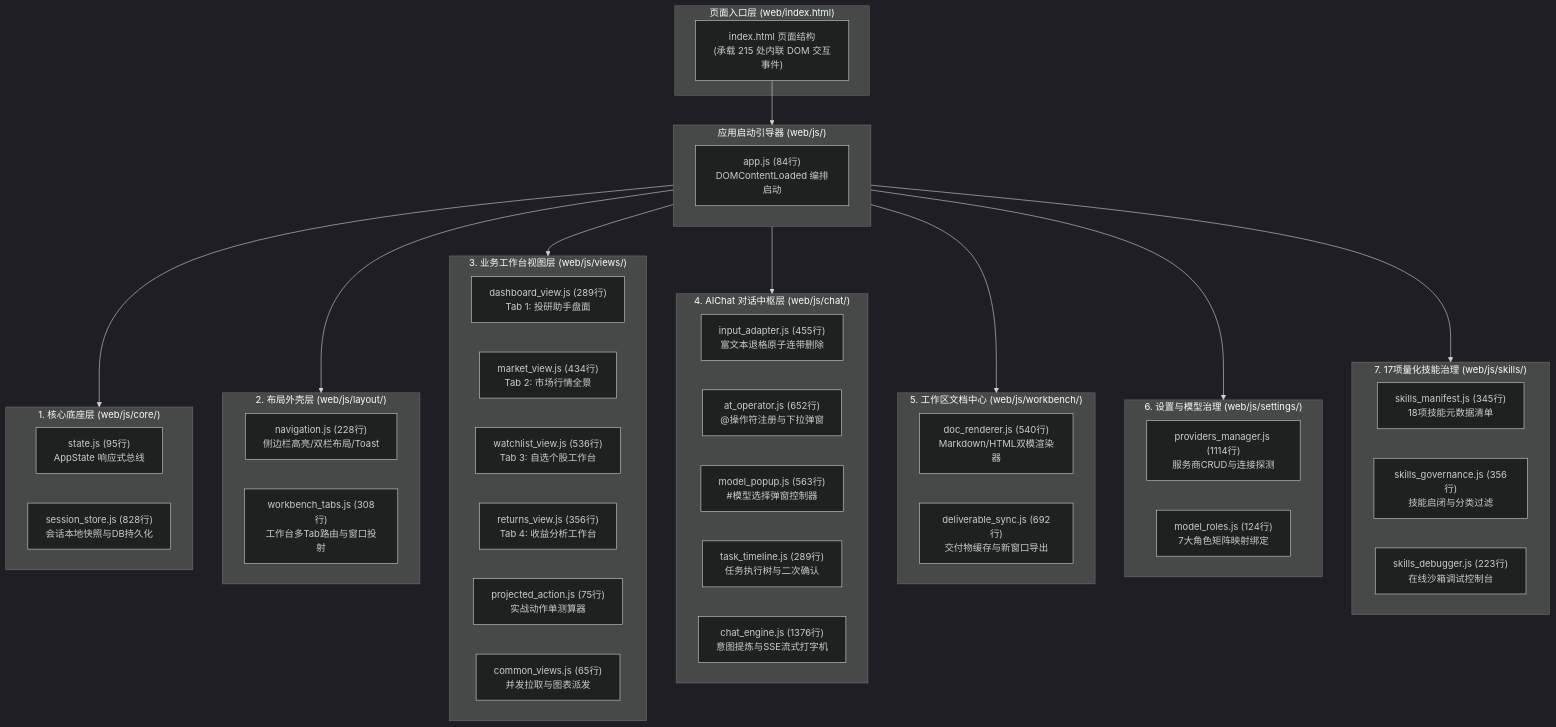
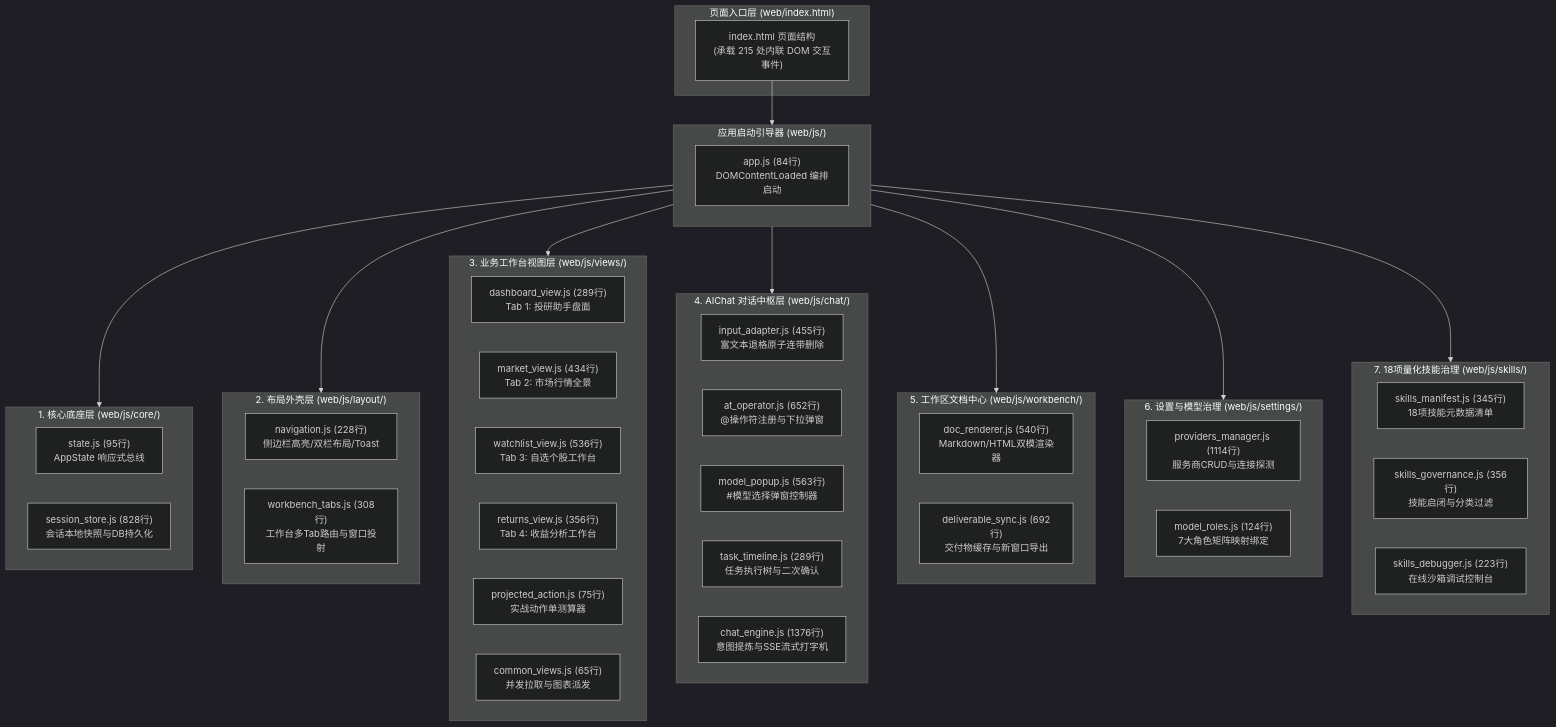
The first of 2 diagrams in docs/guidelines/app-js-modularization-guide.md (cvdnn/a_stock_agents), drawn with Mermaid (dark theme) before and after one commit. The commit also changed 75 other files, not shown here.

````diff
--- a/docs/guidelines/app-js-modularization-guide.md
+++ b/docs/guidelines/app-js-modularization-guide.md
@@ -38,62 +38,62 @@
 ```mermaid
 flowchart TB
     subgraph ClientShell["页面入口层 (web/index.html)"]
         HTML["index.html 页面结构\n(承载 215 处内联 DOM 交互事件)"]
     end
 
     subgraph CoreLayer["1. 核心底座层 (web/js/core/)"]
         State["state.js (95行)\nAppState 响应式总线"]
         Store["session_store.js (828行)\n会话本地快照与DB持久化"]
     end
 
     subgraph LayoutLayer["2. 布局外壳层 (web/js/layout/)"]
         Nav["navigation.js (228行)\n侧边栏高亮/双栏布局/Toast"]
         Tabs["workbench_tabs.js (308行)\n工作台多Tab路由与窗口投射"]
     end
 
     subgraph ViewsLayer["3. 业务工作台视图层 (web/js/views/)"]
         V_Dash["dashboard_view.js (289行)\nTab 1: 投研助手盘面"]
         V_Mkt["market_view.js (434行)\nTab 2: 市场行情全景"]
         V_Watch["watchlist_view.js (536行)\nTab 3: 自选个股工作台"]
         V_Ret["returns_view.js (356行)\nTab 4: 收益分析工作台"]
         V_Act["projected_action.js (75行)\n实战动作单测算器"]
         V_Com["common_views.js (65行)\n并发拉取与图表派发"]
     end
 
     subgraph ChatLayer["4. AIChat 对话中枢层 (web/js/chat/)"]
         C_In["input_adapter.js (455行)\n富文本退格原子连带删除"]
         C_At["at_operator.js (652行)\n@操作符注册与下拉弹窗"]
         C_Mod["model_popup.js (563行)\n#模型选择弹窗控制器"]
         C_Tree["task_timeline.js (289行)\n任务执行树与二次确认"]
         C_Eng["chat_engine.js (1376行)\n意图提炼与SSE流式打字机"]
     end
 
     subgraph WorkbenchLayer["5. 工作区文档中心 (web/js/workbench/)"]
         W_Doc["doc_renderer.js (540行)\nMarkdown/HTML双模渲染器"]
         W_Sync["deliverable_sync.js (692行)\n交付物缓存与新窗口导出"]
     end
 
     subgraph SettingsLayer["6. 设置与模型治理 (web/js/settings/)"]
         S_Prov["providers_manager.js (1114行)\n服务商CRUD与连接探测"]
         S_Role["model_roles.js (124行)\n7大角色矩阵映射绑定"]
     end
 
-    subgraph SkillsLayer["7. 17项量化技能治理 (web/js/skills/)"]
+    subgraph SkillsLayer["7. 18项量化技能治理 (web/js/skills/)"]
         K_Man["skills_manifest.js (345行)\n18项技能元数据清单"]
         K_Gov["skills_governance.js (356行)\n技能启闭与分类过滤"]
         K_Dbg["skills_debugger.js (223行)\n在线沙箱调试控制台"]
     end
 
     subgraph Bootstrap["应用启动引导器 (web/js/)"]
         App["app.js (84行)\nDOMContentLoaded 编排启动"]
     end
 
     HTML --> Bootstrap
     Bootstrap --> CoreLayer
     Bootstrap --> LayoutLayer
     Bootstrap --> ViewsLayer
     Bootstrap --> ChatLayer
     Bootstrap --> WorkbenchLayer
     Bootstrap --> SettingsLayer
     Bootstrap --> SkillsLayer
 ```
````
